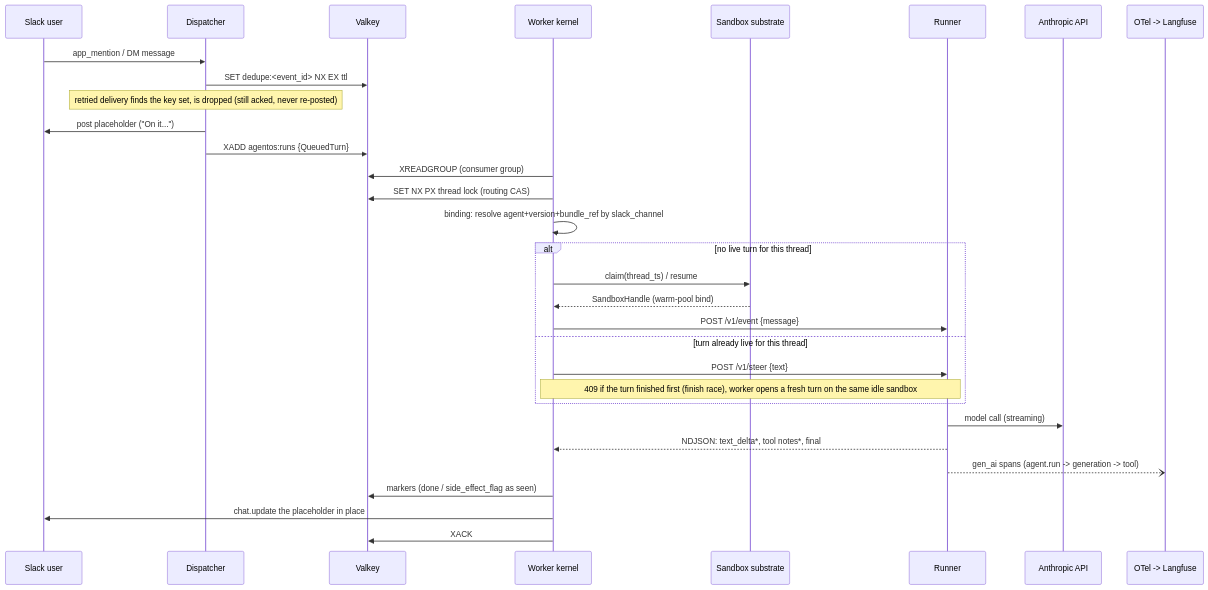
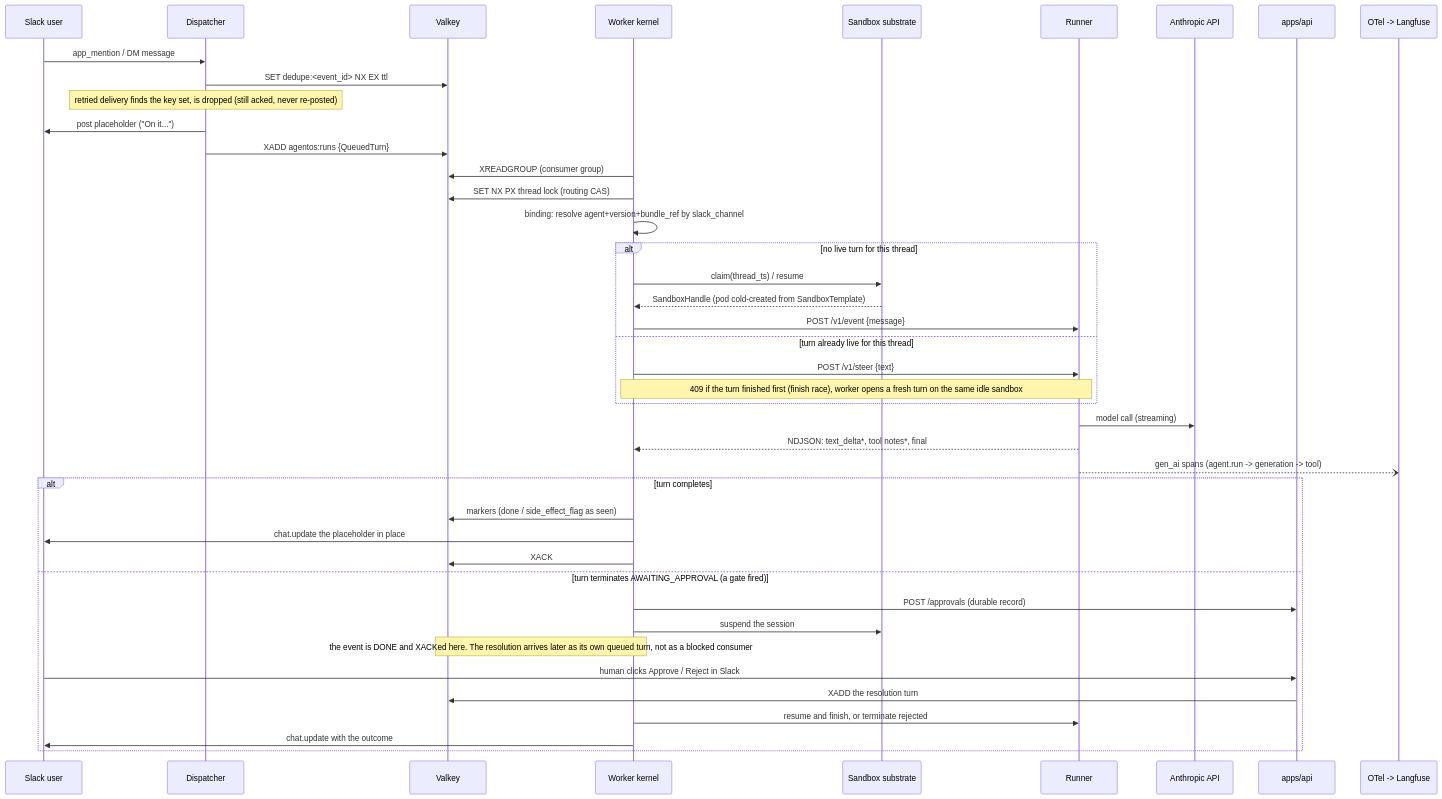
The second of 3 diagrams in ARCHITECTURE.md (coinleftt/curie), drawn with Mermaid before and after one commit. The commit also changed other lines of this file and 50 other files, not shown here.

````diff
--- a/ARCHITECTURE.md
+++ b/ARCHITECTURE.md
@@ -155,36 +219,48 @@
 ```mermaid
 sequenceDiagram
     participant U as Slack user
     participant D as Dispatcher
     participant V as Valkey
     participant W as Worker kernel
     participant S as Sandbox substrate
     participant R as Runner
     participant A as Anthropic API
+    participant P as apps/api
     participant O as OTel -> Langfuse
 
     U->>D: app_mention / DM message
     D->>V: SET dedupe:<event_id> NX EX ttl
     Note over D: retried delivery finds the key set, is dropped (still acked, never re-posted)
     D->>U: post placeholder ("On it...")
     D->>V: XADD agentos:runs {QueuedTurn}
 
     W->>V: XREADGROUP (consumer group)
     W->>V: SET NX PX thread lock (routing CAS)
     W->>W: binding: resolve agent+version+bundle_ref by slack_channel
     alt no live turn for this thread
         W->>S: claim(thread_ts) / resume
-        S-->>W: SandboxHandle (warm-pool bind)
+        S-->>W: SandboxHandle (pod cold-created from SandboxTemplate)
         W->>R: POST /v1/event {message}
     else turn already live for this thread
         W->>R: POST /v1/steer {text}
         Note over W,R: 409 if the turn finished first (finish race), worker opens a fresh turn on the same idle sandbox
     end
 
     R->>A: model call (streaming)
     R-->>W: NDJSON: text_delta*, tool notes*, final
     R--)O: gen_ai spans (agent.run -> generation -> tool)
-    W->>V: markers (done / side_effect_flag as seen)
-    W->>U: chat.update the placeholder in place
-    W->>V: XACK
+
+    alt turn completes
+        W->>V: markers (done / side_effect_flag as seen)
+        W->>U: chat.update the placeholder in place
+        W->>V: XACK
+    else turn terminates AWAITING_APPROVAL (a gate fired)
+        W->>P: POST /approvals (durable record)
+        W->>S: suspend the session
+        Note over W,V: the event is DONE and XACKed here. The resolution arrives later as its own queued turn, not as a blocked consumer
+        U->>P: human clicks Approve / Reject in Slack
+        P->>V: XADD the resolution turn
+        W->>R: resume and finish, or terminate rejected
+        W->>U: chat.update with the outcome
+    end
 ```
````
